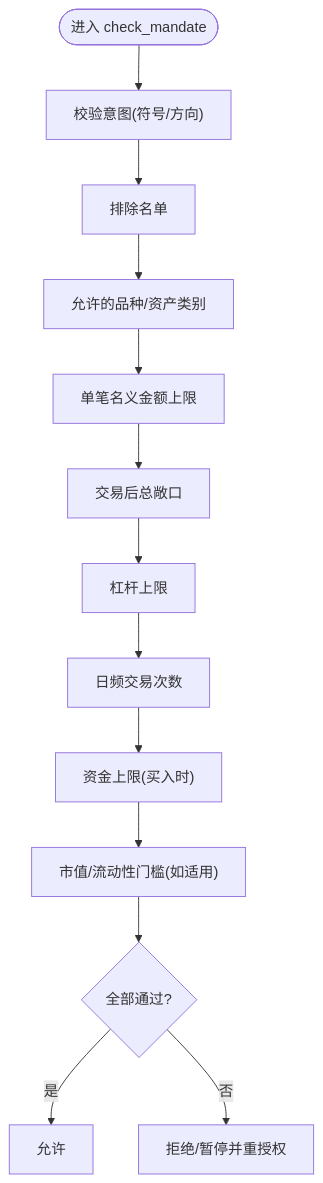
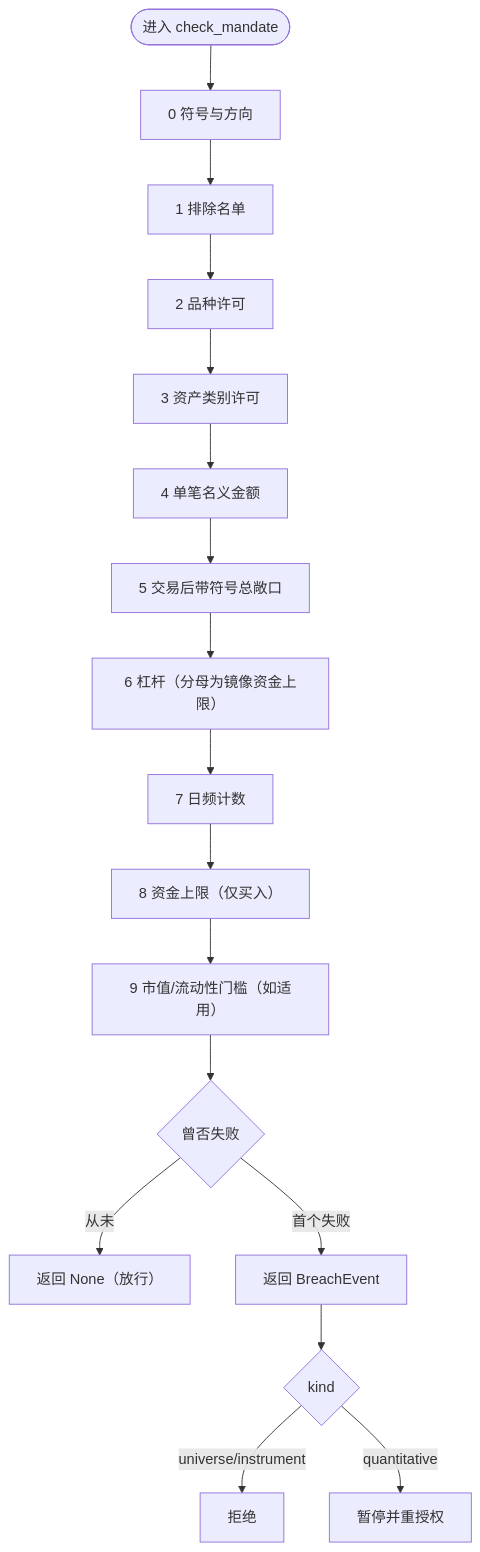
The third of 4 diagrams in repowiki/topics/安全与治理/审计日志.md (hjfire/vibe-trading-fw), drawn with Mermaid before and after one commit. The commit also changed other lines of this file and 5 other files, not shown here.

````diff
--- a/repowiki/topics/安全与治理/审计日志.md
+++ b/repowiki/topics/安全与治理/审计日志.md
@@ -163,15 +208,13 @@
 ```mermaid
 flowchart TD
-S(["进入 check_mandate"]) --> P1["校验意图(符号/方向)"]
-P1 --> P2["排除名单"]
-P2 --> P3["允许的品种/资产类别"]
-P3 --> P4["单笔名义金额上限"]
-P4 --> P5["交易后总敞口"]
-P5 --> P6["杠杆上限"]
-P6 --> P7["日频交易次数"]
-P7 --> P8["资金上限(买入时)"]
-P8 --> P9["市值/流动性门槛(如适用)"]
-P9 --> OK{"全部通过?"}
-OK --> |是| ALLOW["允许"]
-OK --> |否| DENY["拒绝/暂停并重授权"]
+A(["进入 check_mandate"]) --> B["0 符号与方向"] --> C["1 排除名单"] --> D["2 品种许可"]
+D --> E["3 资产类别许可"] --> F["4 单笔名义金额"] --> G["5 交易后带符号总敞口"]
+G --> H["6 杠杆（分母为镜像资金上限）"] --> I["7 日频计数"] --> J["8 资金上限（仅买入）"]
+J --> K["9 市值/流动性门槛（如适用）"]
+K --> L{"曾否失败"}
+L --> |从未| OK["返回 None（放行）"]
+L --> |首个失败| BR["返回 BreachEvent"]
+BR --> M{"kind"}
+M --> |universe/instrument| N["拒绝"]
+M --> |quantitative| O["暂停并重授权"]
 ```
````
